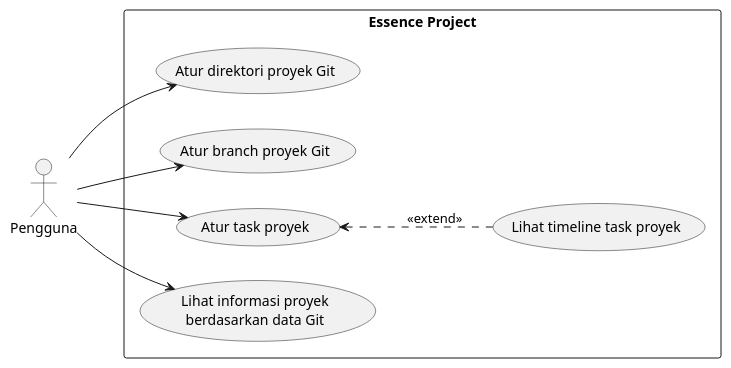
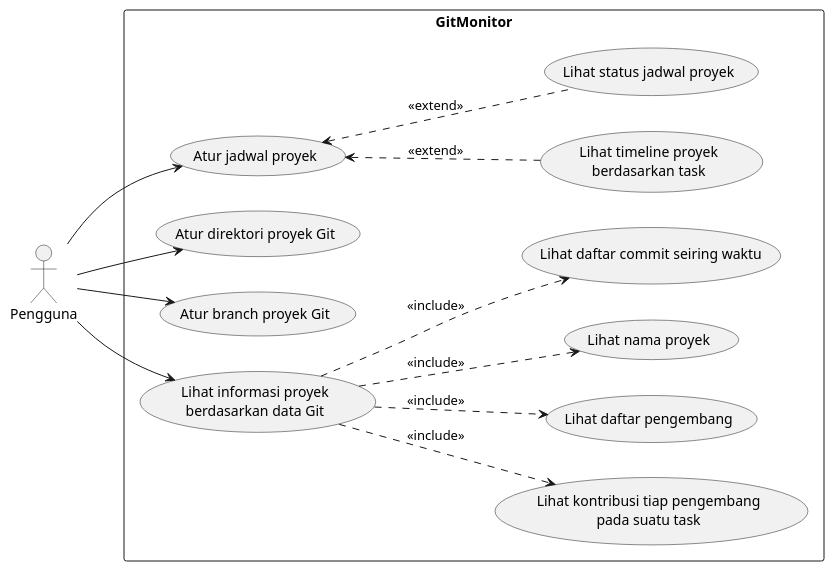
One commit to imdar1/GitMonitor changed the diagram in docs/res/use_case.pu. Above: the diagram before and after it, drawn with PlantUML. The commit also changed 6 other files, not shown here.

```diff
--- a/docs/res/use_case.pu
+++ b/docs/res/use_case.pu
@@ -1,17 +1,30 @@
 @startuml use_case
 skinparam monochrome true
 left to right direction
 actor Pengguna as u
-rectangle "Essence Project" {
+rectangle "GitMonitor" {
     usecase "Atur direktori proyek Git" as uc1
     usecase "Atur branch proyek Git" as uc2
-    usecase "Atur task proyek" as uc3
-    usecase "Lihat timeline task proyek" as uc4
-    usecase "Lihat informasi proyek\nberdasarkan data Git" as uc5
+    usecase "Atur jadwal proyek" as uc3
+    usecase "Lihat timeline proyek\nberdasarkan task" as uc4
+    usecase "Lihat status jadwal proyek" as uc5
+    usecase "Lihat informasi proyek\nberdasarkan data Git" as uc6
+    usecase "Lihat kontribusi tiap pengembang\npada suatu task" as uc7
+    usecase "Lihat daftar pengembang" as uc8
+    usecase "Lihat nama proyek" as uc9
+    usecase "Lihat daftar commit seiring waktu" as uc10
 } 
+
 u --> uc1
 u --> uc2
-u --> uc3
-u --> uc5
+u -> uc3
+u --> uc6
+
 uc3 <.. uc4 : <<extend>>
+uc3 <.. uc5 : <<extend>>
+
+uc6 ..> uc7 : <<include>> 
+uc6 ..> uc8 : <<include>>
+uc6 ..> uc9 : <<include>>
+uc6 ..> uc10 : <<include>>
 @enduml
```
